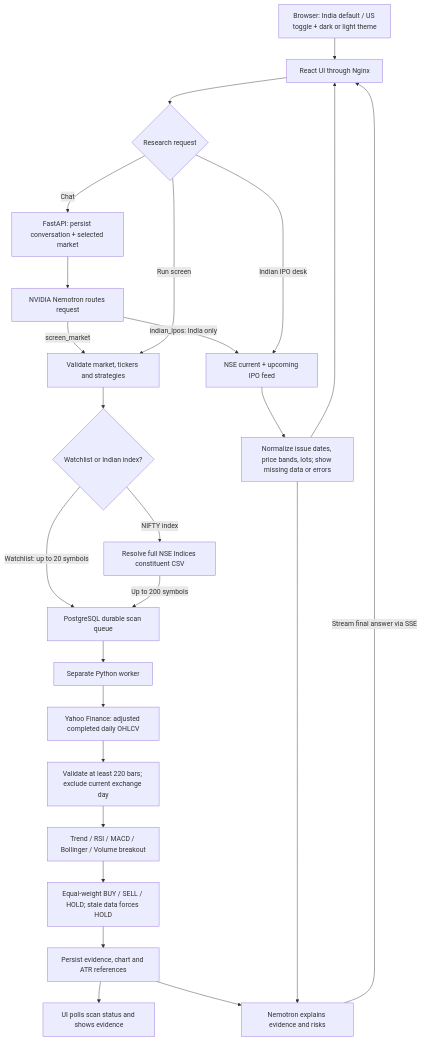
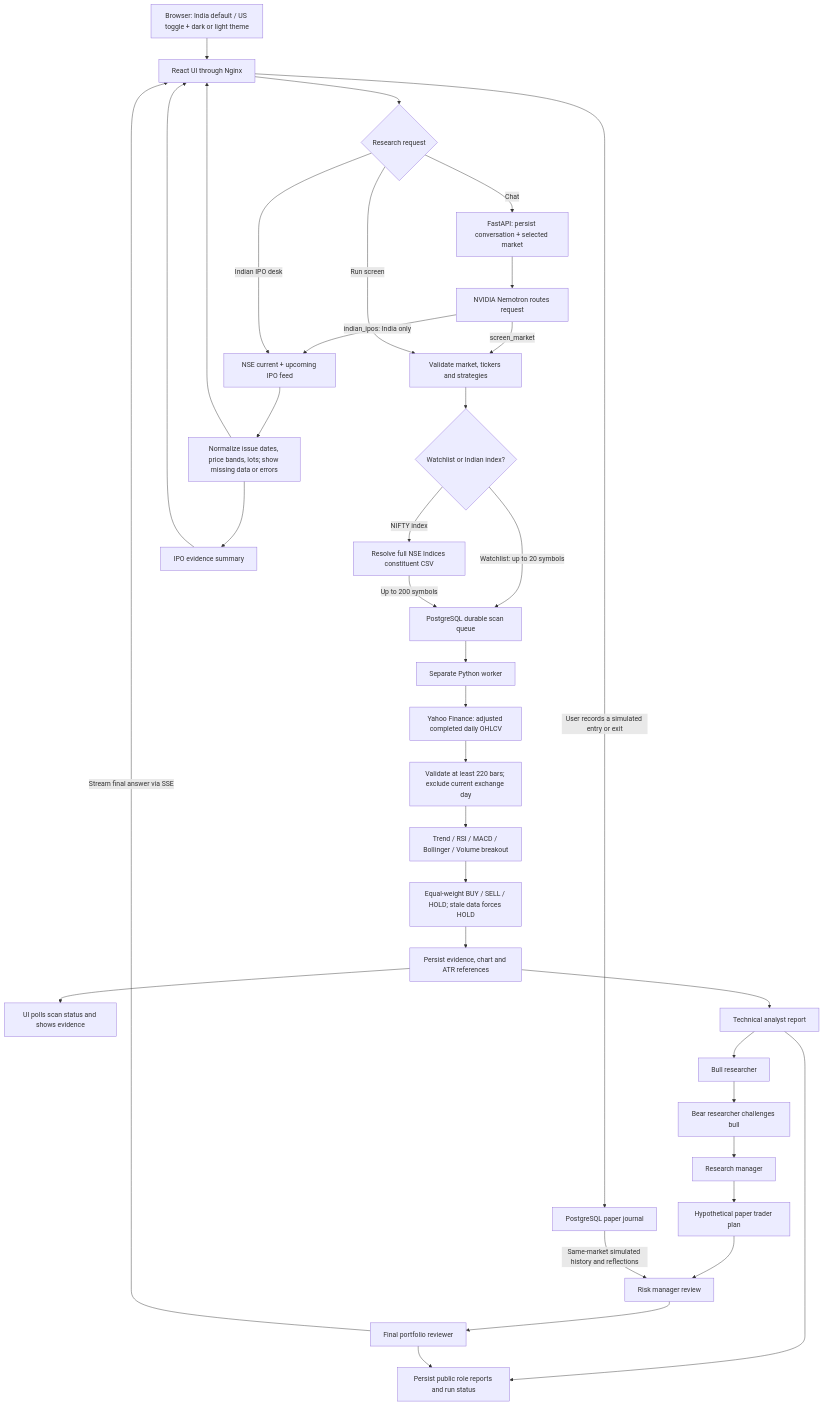
The diagram in README.md (atelanuj/SignalDesk-AI-Trading-team), drawn with Mermaid before and after one commit. The commit also changed other lines of this file and 12 other files, not shown here.

````diff
--- a/README.md
+++ b/README.md
@@ -75,27 +109,38 @@
 ```mermaid
 flowchart TD
     A[Browser: India default / US toggle + dark or light theme] --> B[React UI through Nginx]
     B --> C{Research request}
     C -->|Chat| D[FastAPI: persist conversation + selected market]
     D --> E[NVIDIA Nemotron routes request]
     E -->|screen_market| F[Validate market, tickers and strategies]
     C -->|Run screen| F
     F --> U{Watchlist or Indian index?}
     U -->|NIFTY index| V[Resolve full NSE Indices constituent CSV]
     U -->|Watchlist: up to 20 symbols| G[PostgreSQL durable scan queue]
     V -->|Up to 200 symbols| G
     G --> H[Separate Python worker]
     H --> I[Yahoo Finance: adjusted completed daily OHLCV]
     I --> J[Validate at least 220 bars; exclude current exchange day]
     J --> K[Trend / RSI / MACD / Bollinger / Volume breakout]
     K --> L[Equal-weight BUY / SELL / HOLD; stale data forces HOLD]
     L --> M[Persist evidence, chart and ATR references]
     M --> N[UI polls scan status and shows evidence]
-    M --> O[Nemotron explains evidence and risks]
+    M --> TA[Technical analyst report]
+    TA --> BU[Bull researcher]
+    BU --> BE[Bear researcher challenges bull]
+    BE --> RM[Research manager]
+    RM --> TR[Hypothetical paper trader plan]
+    TR --> RI[Risk manager review]
+    RI --> O[Final portfolio reviewer]
     E -->|indian_ipos: India only| P[NSE current + upcoming IPO feed]
     C -->|Indian IPO desk| P
     P --> Q[Normalize issue dates, price bands, lots; show missing data or errors]
     Q --> B
-    Q --> O
+    Q --> IP[IPO evidence summary]
+    IP --> B
     O -->|Stream final answer via SSE| B
+    B -->|User records a simulated entry or exit| PJ[PostgreSQL paper journal]
+    PJ -->|Same-market simulated history and reflections| RI
+    TA --> RR[Persist public role reports and run status]
+    O --> RR
 ```
````
